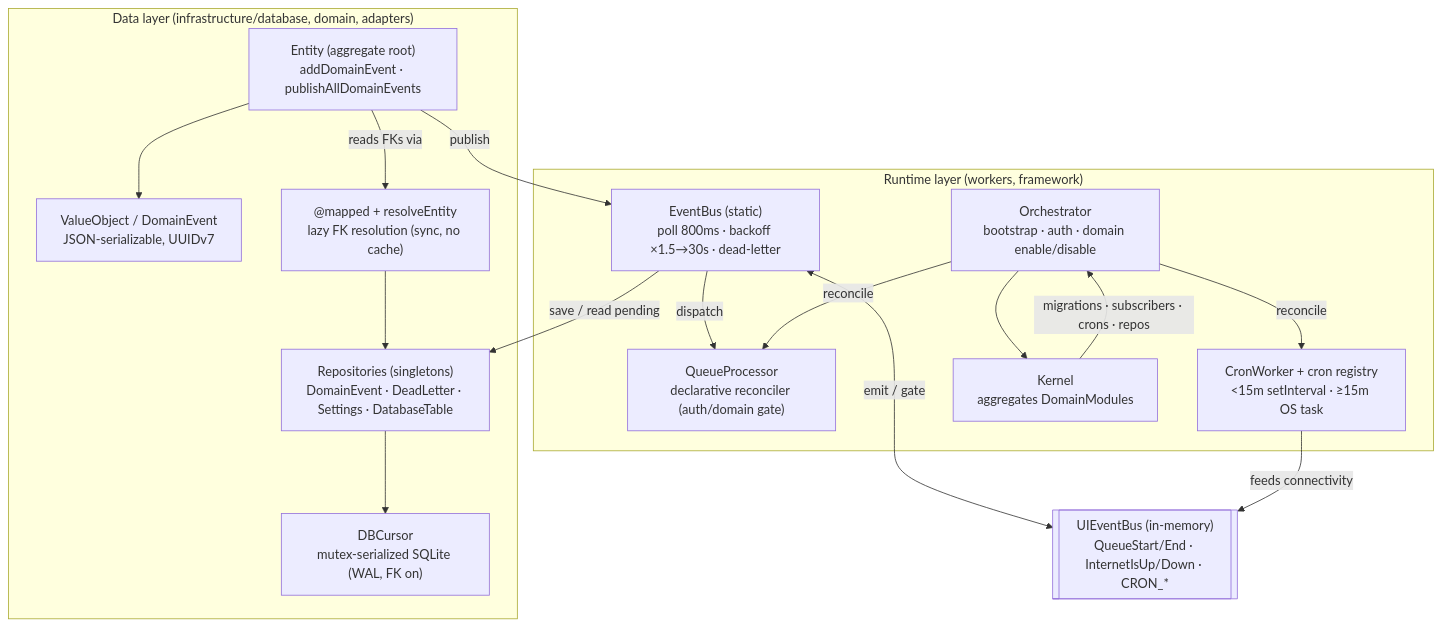
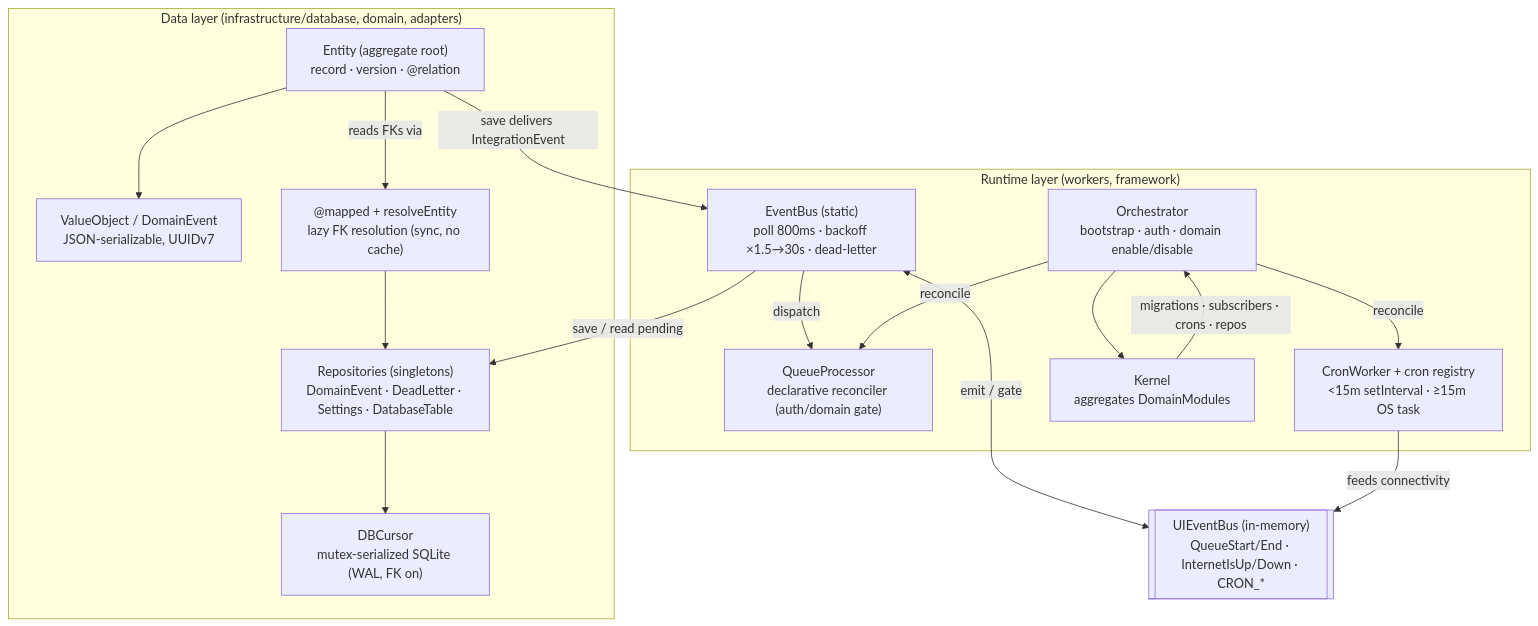
One commit to Sincpro-SRL/sincpro_mobile changed the first of 3 diagrams in docs/architecture-core.md. Above: the diagram before and after it, drawn with Mermaid. The commit also changed other lines of this file and 61 other files, not shown here.

````diff
--- a/docs/architecture-core.md
+++ b/docs/architecture-core.md
@@ -26,34 +26,34 @@
 ```mermaid
 flowchart TB
     subgraph DATA["Data layer (infrastructure/database, domain, adapters)"]
-        entity["Entity (aggregate root)<br/>addDomainEvent · publishAllDomainEvents"]
+        entity["Entity (aggregate root)<br/>record · version · @relation"]
         vo["ValueObject / DomainEvent<br/>JSON-serializable, UUIDv7"]
         mapped["@mapped + resolveEntity<br/>lazy FK resolution (sync, no cache)"]
         cursor["DBCursor<br/>mutex-serialized SQLite (WAL, FK on)"]
         repos["Repositories (singletons)<br/>DomainEvent · DeadLetter · Settings · DatabaseTable"]
     end
 
     subgraph RUNTIME["Runtime layer (workers, framework)"]
         bus["EventBus (static)<br/>poll 800ms · backoff ×1.5→30s · dead-letter"]
         qp["QueueProcessor<br/>declarative reconciler (auth/domain gate)"]
         cron["CronWorker + cron registry<br/>&lt;15m setInterval · ≥15m OS task"]
         orch["Orchestrator<br/>bootstrap · auth · domain enable/disable"]
         kernel["Kernel<br/>aggregates DomainModules"]
     end
 
     uibus[["UIEventBus (in-memory)<br/>QueueStart/End · InternetIsUp/Down · CRON_*"]]
 
     entity --> vo
     entity -->|reads FKs via| mapped
     mapped --> repos
     repos --> cursor
-    entity -->|publish| bus
+    entity -->|save delivers IntegrationEvent| bus
     bus -->|save / read pending| repos
     bus -->|dispatch| qp
     bus <-->|emit / gate| uibus
     cron -->|feeds connectivity| uibus
     orch --> kernel
     orch -->|reconcile| qp
     orch -->|reconcile| cron
     kernel -->|migrations · subscribers · crons · repos| orch
 ```
````
